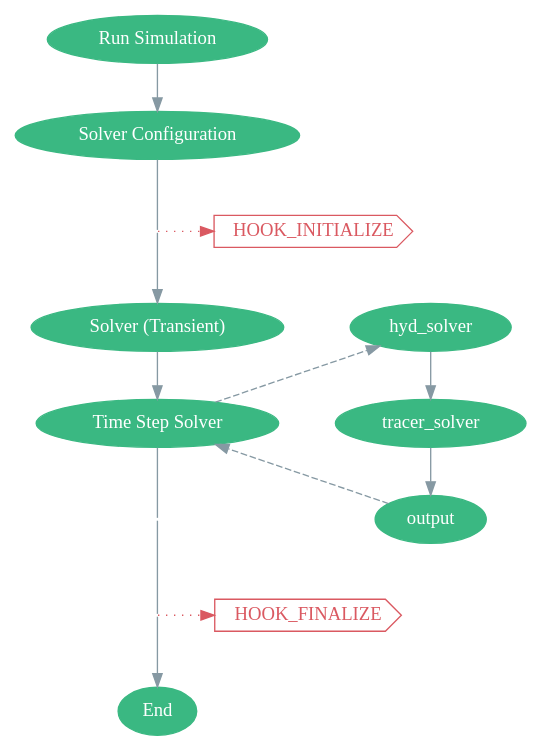
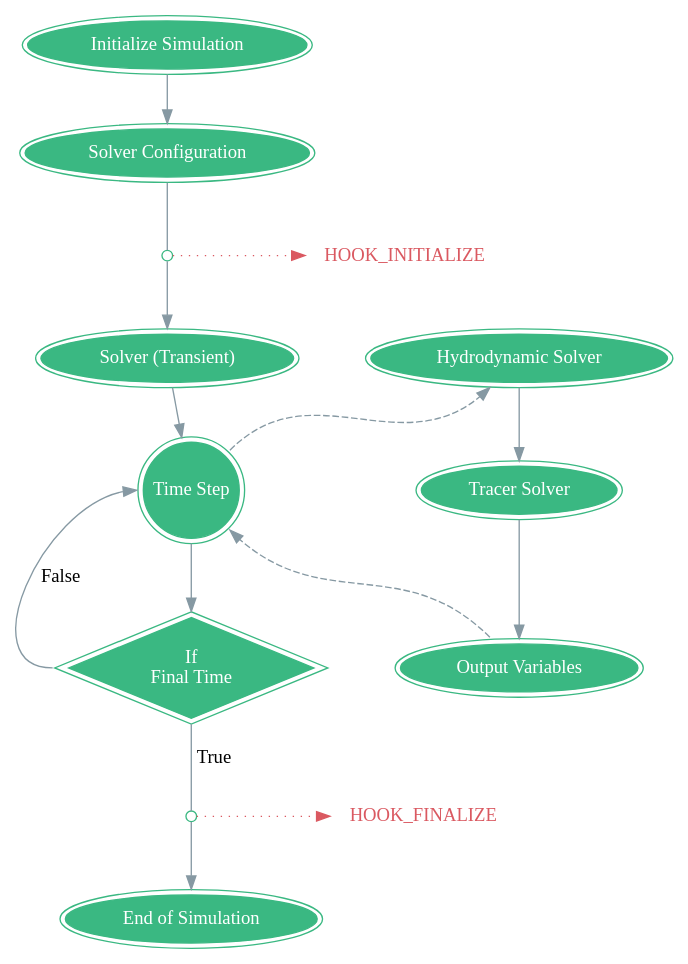
The first of 2 diagrams in docs/source/07_lifecycle.rst (ESSS/alfasim-sdk), drawn with Graphviz before and after one commit. The commit also changed 1 other file, not shown here.

Commit message:
Adjust graphviz

```diff
--- a/docs/source/07_lifecycle.rst
+++ b/docs/source/07_lifecycle.rst
@@ -14,50 +14,60 @@
 .. graphviz::
 
     digraph {
-            splines=line
-            nodesep = 0.6;
-            node [fillcolor="#3AB882" style=filled color="#3AB882" fontcolor="#ffffff" shape=""];
+            //splines=false
+            nodesep = 0.7;
+            node [peripheries="2", fillcolor="#3AB882" style=filled color="#3AB882" fontcolor="#ffffff" shape=""];
             edge [ color="#8699A3" ];
 
-            init [label="Run Simulation", shape=""];
-            end [label="End", shape=""];
+            init [label="Initialize Simulation", shape=""];
+            end [label="End of Simulation", shape=""];
             config [label="Solver Configuration"];
             solver [label="Solver (Transient)"];
-            time [label="Time Step Solver"];
+            time [  fixedsize=true,
+                    label="Time Step",
+                    height="1.0",
+                    width="1.0",
+                    shape="circle",
+                    regular="true",
+                    ];
 
             hook_initialize_point [shape = point, width = 0 ]
-            invisible [shape = point, width = 0 ]
+            decision [label="If \nFinal Time", shape="diamond"]
             hook_finalize_point [shape = point, width = 0 ]
-            hook_initialize [label="HOOK_INITIALIZE", shape="cds", color="#DA5961",  fontcolor="#DA5961" , style=""]
-            hook_finalize [label="HOOK_FINALIZE", shape="cds", color="#DA5961",  fontcolor="#DA5961" , style=""]
+            hook_initialize [peripheries="0"
+                label="HOOK_INITIALIZE", shape="cds", color="#DA5961", fontcolor="#DA5961", style=""
+                URL="../06_solver_hooks.html#alfasim_sdk.hook_specs.initialize", target="_top"
+            ]
+            hook_finalize [peripheries="0"
+                label="HOOK_FINALIZE", shape="cds", color="#DA5961",  fontcolor="#DA5961" , style=""
+                URL="../06_solver_hooks.html#alfasim_sdk.hook_specs.finalize", target="_top"
+            ]
+            hyd_solver [label="Hydrodynamic Solver"]
+            tracer_solver [label="Tracer Solver"]
+            output [label="Output Variables"]
 
-           node[group=a];
-           hyd_solver; tracer_solver; output
-           node[group=b];
-           init; config; hook_initialize_point; solver; time; hook_finalize_point;end
-
-           {rank = same; hook_initialize_point; hook_initialize}
-           {rank = same; hook_finalize_point; hook_finalize; }
-           {rank=same; time;tracer_solver}
-           {rank=same; solver;hyd_solver}
+            {rank = same; hook_initialize_point; hook_initialize}
+            {rank = same; hook_finalize_point; hook_finalize; }
+            {rank=same; time;tracer_solver}
+            {rank=same; solver;hyd_solver}
 
 
             init -> config;
             config -> hook_initialize_point [arrowhead= none];
 
             hook_initialize_point -> solver;
-            hook_initialize_point -> hook_initialize [style=dotted, color="#DA5961", nodesep = 1.5;];
+            hook_initialize_point -> hook_initialize [style=dotted, color="#DA5961"];
 
             solver -> time;
-            time -> hyd_solver [style=dashed];
+            time:ne -> hyd_solver:sw [style=dashed];
+            output:nw -> time:se [style=dashed];
 
             hyd_solver -> tracer_solver;
             tracer_solver -> output;
-            output -> time [style=dashed];
-            time -> invisible [arrowhead= none];
-            invisible -> hook_finalize_point [arrowhead= none];
-            //time -> hook_finalize_point [arrowhead= none];
-            hook_finalize_point ->  hook_finalize [style=dotted, color="#DA5961", nodesep = 1.5;];
+            time -> decision;
+            decision -> hook_finalize_point [arrowhead= none, label="True"];
+            decision:w -> time:w [label="False"];
+            hook_finalize_point ->  hook_finalize [style=dotted, color="#DA5961"];
             hook_finalize_point ->  end;
 
         }
```
